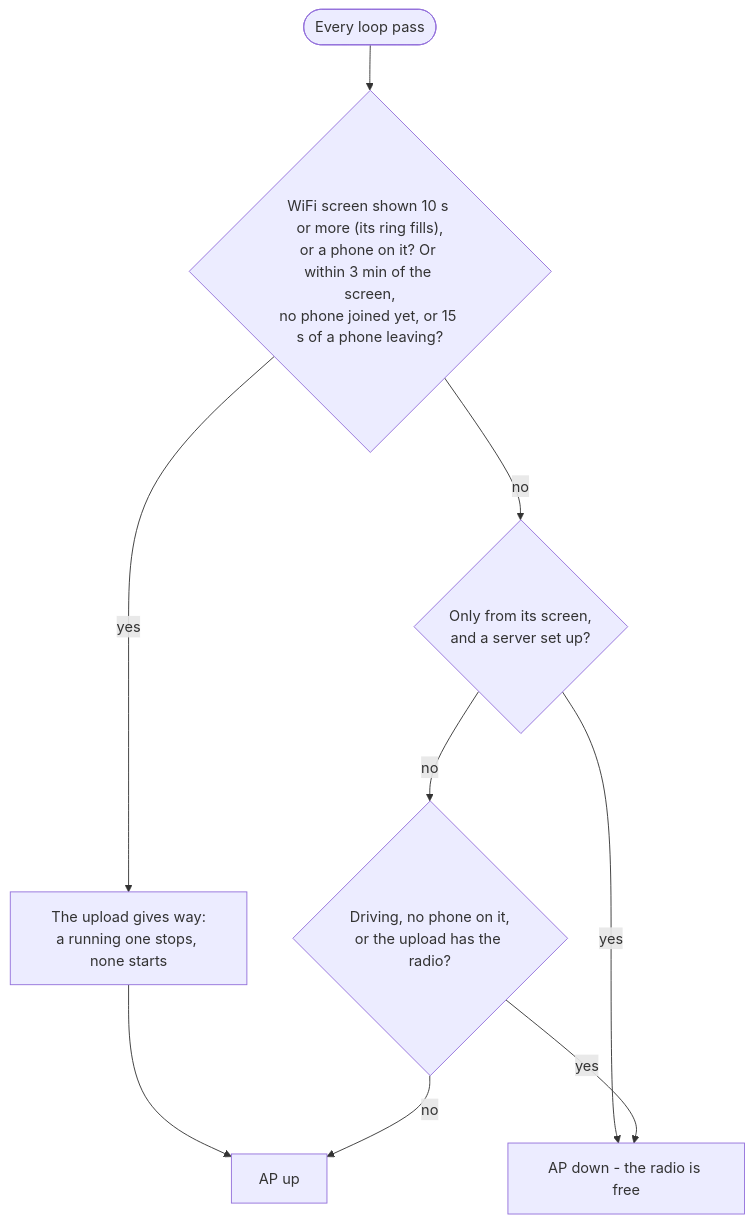
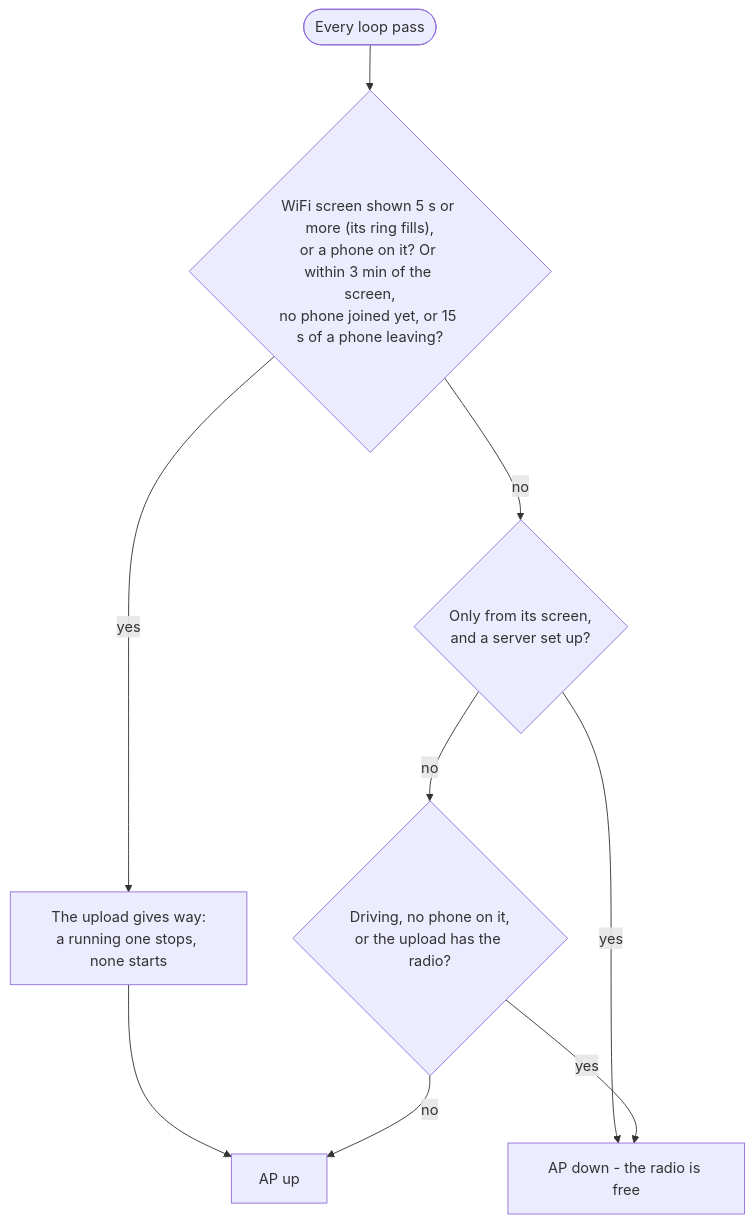
The third of 6 diagrams in docs/flows.md (kubiq/n-gauge), drawn with Mermaid before and after one commit. The commit also changed 1 other file, not shown here.

Commit message:
WiFi screen: the AP after 5 s on it, not 10
Asked 2026-11-15: 10 s was longer than needed to tell a swipe past
from a visit.

````diff
--- a/docs/flows.md
+++ b/docs/flows.md
@@ -63,11 +63,11 @@
 ```mermaid
 flowchart TD
-  pass([Every loop pass]) --> asked{"WiFi screen shown 10 s or more (its ring fills),<br/>or a phone on it? Or within 3 min of the screen,<br/>no phone joined yet, or 15 s of a phone leaving?"}
+  pass([Every loop pass]) --> asked{"WiFi screen shown 5 s or more (its ring fills),<br/>or a phone on it? Or within 3 min of the screen,<br/>no phone joined yet, or 15 s of a phone leaving?"}
   asked -- yes --> giveway[The upload gives way:<br/>a running one stops, none starts]
   giveway --> up[AP up]
   asked -- no --> mode{"Only from its screen,<br/>and a server set up?"}
   mode -- yes --> down[AP down - the radio is free]
   mode -- no --> driving{"Driving, no phone on it,<br/>or the upload has the radio?"}
   driving -- yes --> down
   driving -- no --> up
 ```
````
